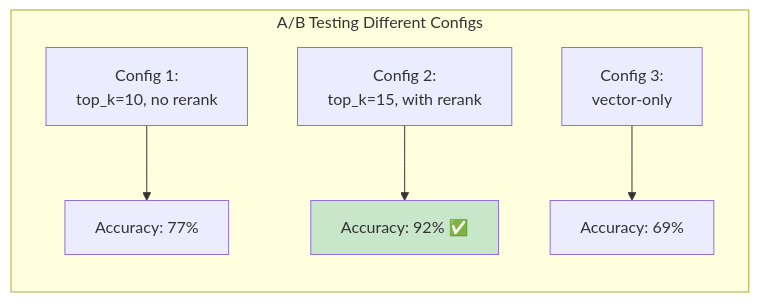
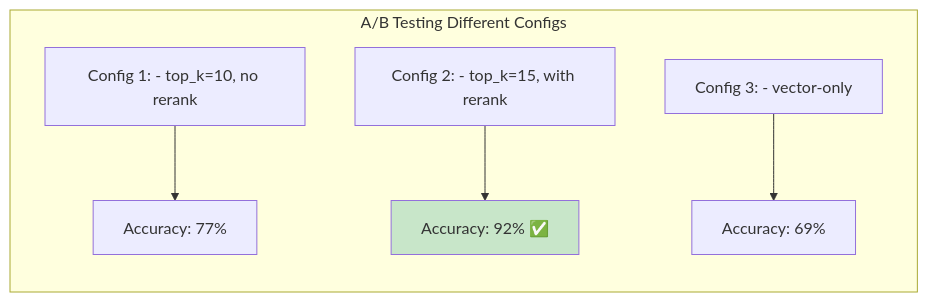
Before and after one commit to indhra/llm_rag_sec_findings: the seventh of 8 diagrams in docs/learning/07-evaluation-metrics.md, drawn with Mermaid. The commit also changed other lines of this file and 9 other files, not shown here.

````diff
--- a/docs/learning/07-evaluation-metrics.md
+++ b/docs/learning/07-evaluation-metrics.md
@@ -479,10 +479,10 @@
 ```mermaid
 graph LR
     subgraph "A/B Testing Different Configs"
-        C1[Config 1:<br/>top_k=10, no rerank] --> R1[Accuracy: 77%]
-        C2[Config 2:<br/>top_k=15, with rerank] --> R2[Accuracy: 92% ✅]
-        C3[Config 3:<br/>vector-only] --> R3[Accuracy: 69%]
+        C1[Config 1: - top_k=10, no rerank] --> R1[Accuracy: 77%]
+        C2[Config 2: - top_k=15, with rerank] --> R2[Accuracy: 92% ✅]
+        C3[Config 3: - vector-only] --> R3[Accuracy: 69%]
     end
     
     style R2 fill:#c8e6c9
 ```
````
